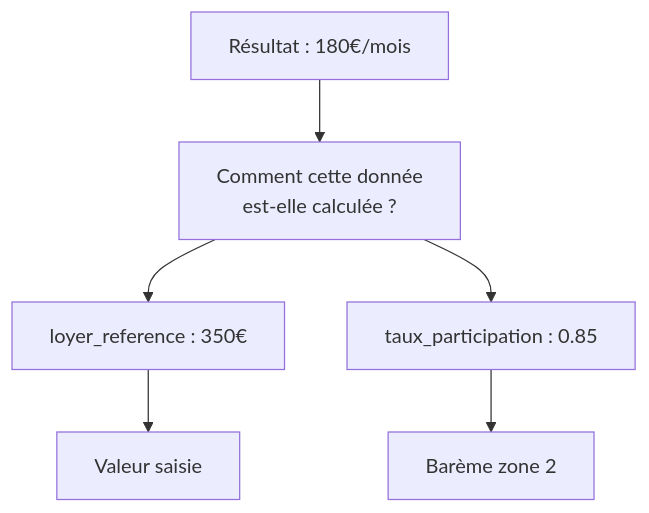
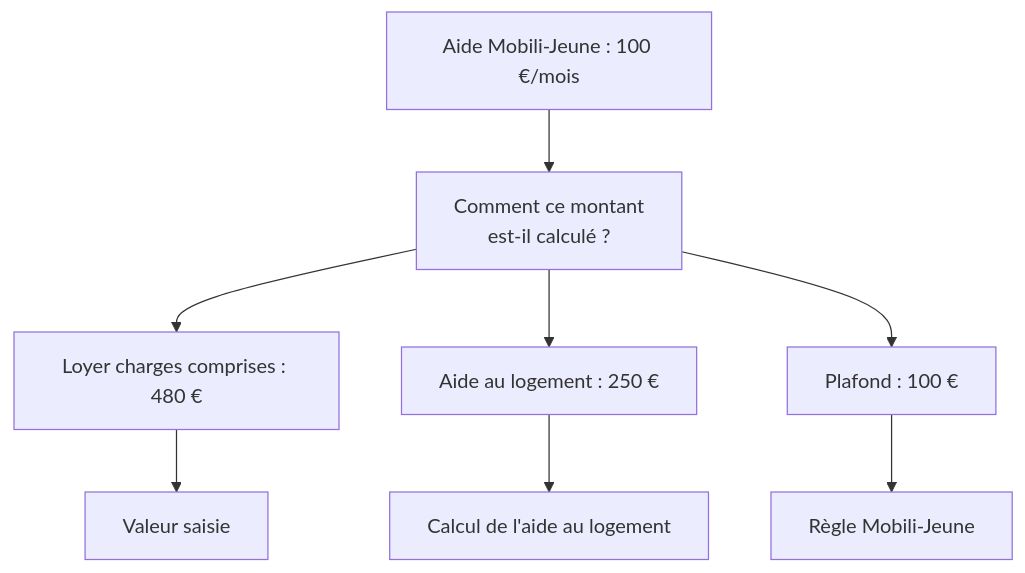
One commit to betagouv/aides-simplifiees-docs changed the fifth of 5 diagrams in docs/03_mutualiser/05_visuels.md. Above: the diagram before and after it, drawn with Mermaid. The commit also changed other lines of this file and 5 other files, not shown here.

````diff
--- a/docs/03_mutualiser/05_visuels.md
+++ b/docs/03_mutualiser/05_visuels.md
@@ -106,13 +104,13 @@
 ```mermaid
 flowchart TD
-    R["Résultat : 180€/mois"]
-    R --> D1["Comment cette donnée<br/>est-elle calculée ?"]
+    R["Aide Mobili-Jeune : 100 €/mois"]
+    R --> D1["Comment ce montant<br/>est-il calculé ?"]
     
-    D1 --> V1["loyer_reference : 350€"]
-    D1 --> V2["taux_participation : 0.85"]
+    D1 --> V1["Loyer charges comprises : 480 €"]
+    D1 --> V2["Aide au logement : 250 €"]
+    D1 --> V3["Plafond : 100 €"]
     
     V1 --> S1["Valeur saisie"]
-    V2 --> S2["Barème zone 2"]
-    
-    click V2 href "#" "Voir le barème"
+    V2 --> S2["Calcul de l'aide au logement"]
+    V3 --> S3["Règle Mobili-Jeune"]
 ```
````
